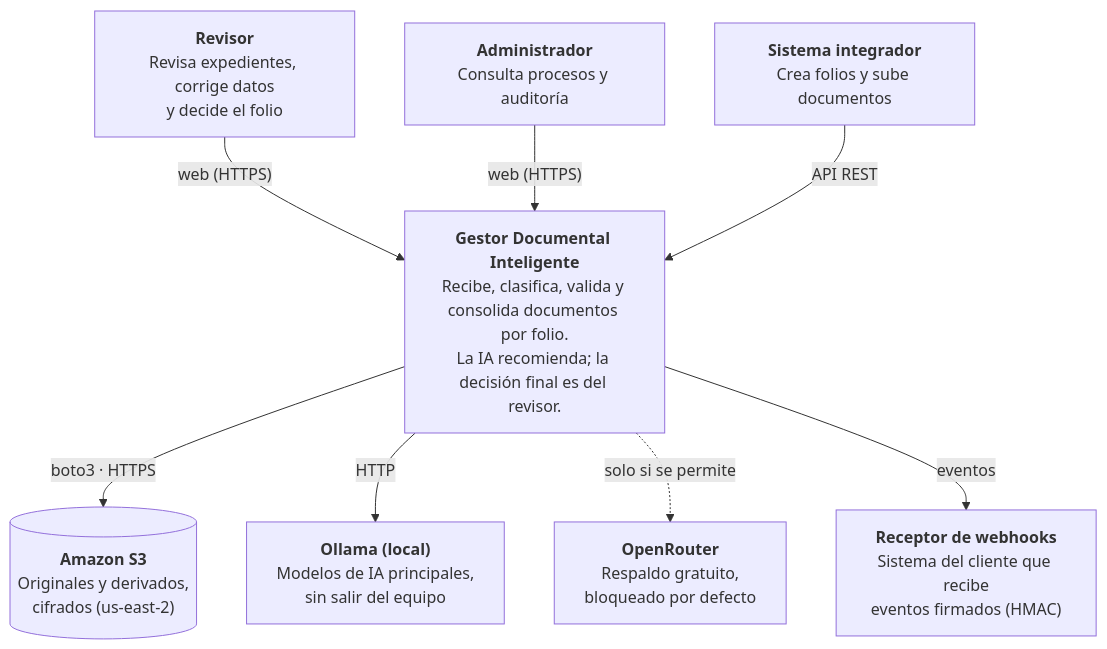
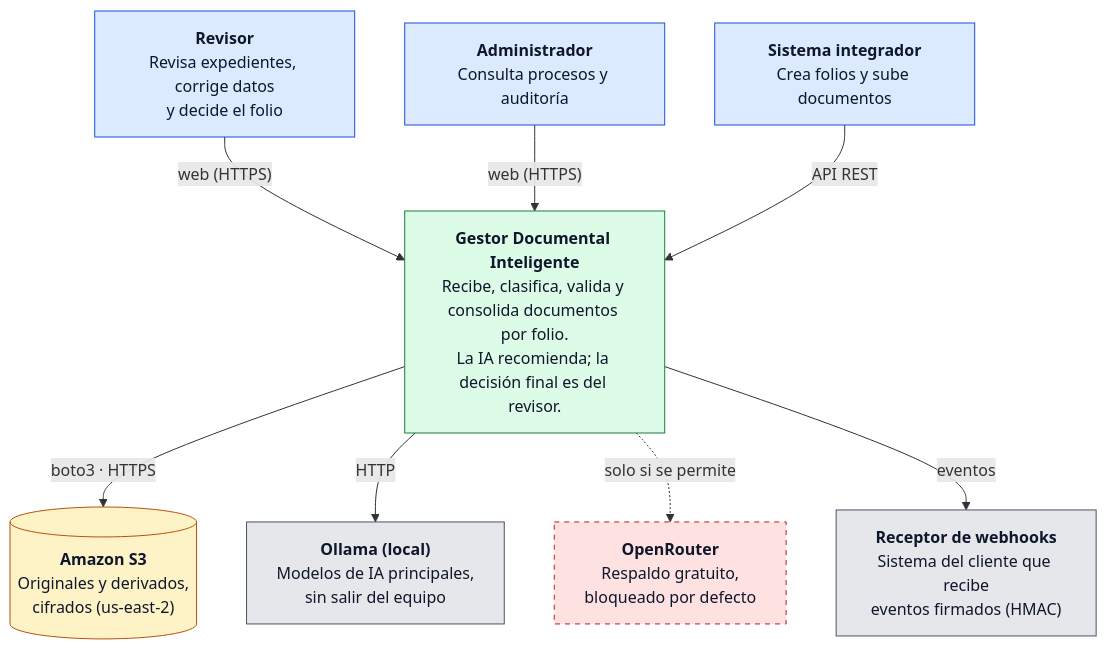
One commit to SantiagoEspinosa-ai/Gestor_Documental changed the first of 5 diagrams in docs/arquitectura_solucion.md. Above: the diagram before and after it, drawn with Mermaid. The commit also changed other lines of this file, not shown here.

````diff
--- a/docs/arquitectura_solucion.md
+++ b/docs/arquitectura_solucion.md
@@ -43,21 +47,32 @@
 ```mermaid
 flowchart TB
     revisor["<b>Revisor</b><br/>Revisa expedientes, corrige datos<br/>y decide el folio"]
     admin["<b>Administrador</b><br/>Consulta procesos y auditoría"]
     integrador["<b>Sistema integrador</b><br/>Crea folios y sube documentos"]
 
     gestor["<b>Gestor Documental Inteligente</b><br/>Recibe, clasifica, valida y consolida documentos por folio.<br/>La IA recomienda; la decisión final es del revisor."]
 
     s3[("<b>Amazon S3</b><br/>Originales y derivados,<br/>cifrados (us-east-2)")]
     ollama["<b>Ollama (local)</b><br/>Modelos de IA principales,<br/>sin salir del equipo"]
     openrouter["<b>OpenRouter</b><br/>Respaldo gratuito,<br/>bloqueado por defecto"]
     webhooks["<b>Receptor de webhooks</b><br/>Sistema del cliente que recibe<br/>eventos firmados (HMAC)"]
 
     revisor -- "web (HTTPS)" --> gestor
     admin -- "web (HTTPS)" --> gestor
     integrador -- "API REST" --> gestor
     gestor -- "boto3 · HTTPS" --> s3
     gestor -- "HTTP" --> ollama
     gestor -. "solo si se permite" .-> openrouter
     gestor -- "eventos" --> webhooks
+
+    classDef persona fill:#dbeafe,stroke:#1d4ed8,color:#0f172a
+    classDef sistema fill:#dcfce7,stroke:#15803d,color:#0f172a
+    classDef bd fill:#fef3c7,stroke:#b45309,color:#0f172a
+    classDef externo fill:#e5e7eb,stroke:#4b5563,color:#0f172a
+    classDef bloqueado fill:#fee2e2,stroke:#b91c1c,color:#0f172a,stroke-dasharray:5 5
+    class revisor,admin,integrador persona
+    class gestor sistema
+    class s3 bd
+    class ollama,webhooks externo
+    class openrouter bloqueado
 ```
````
